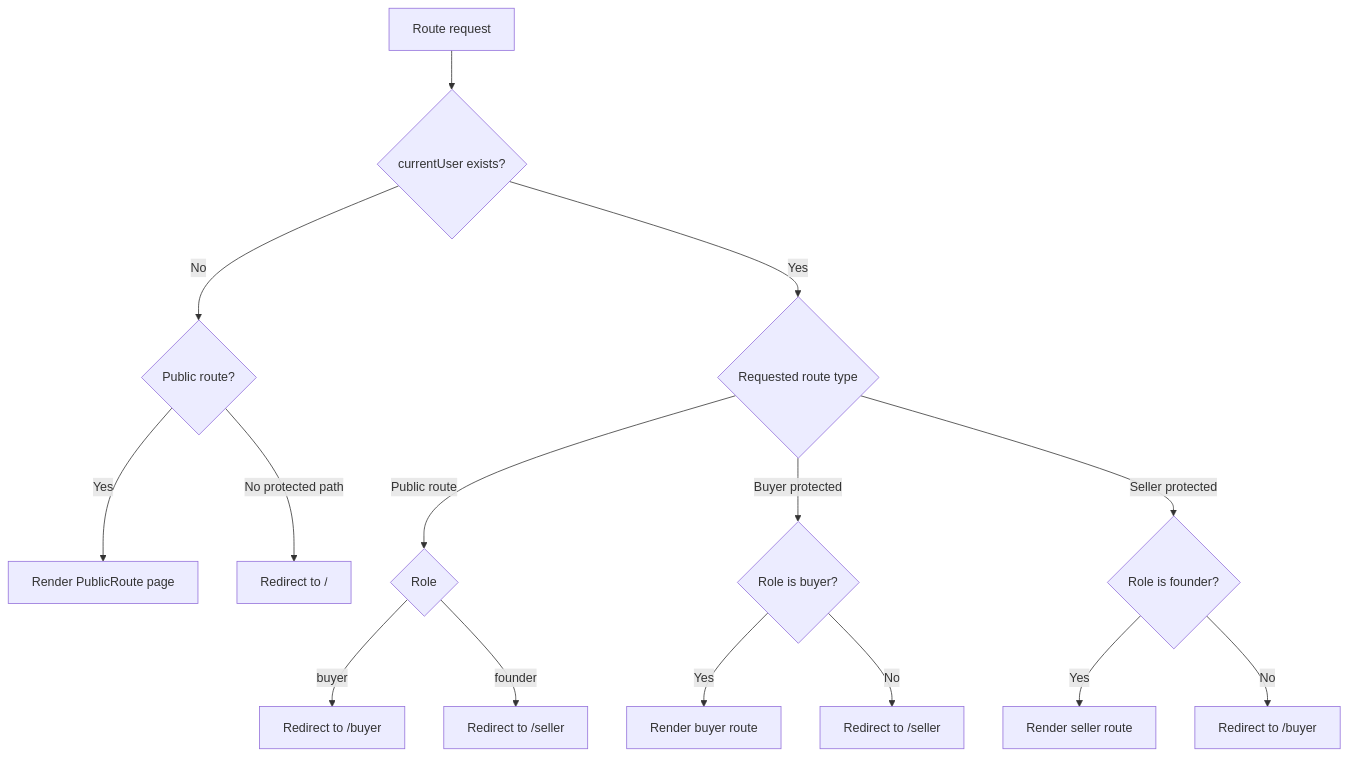
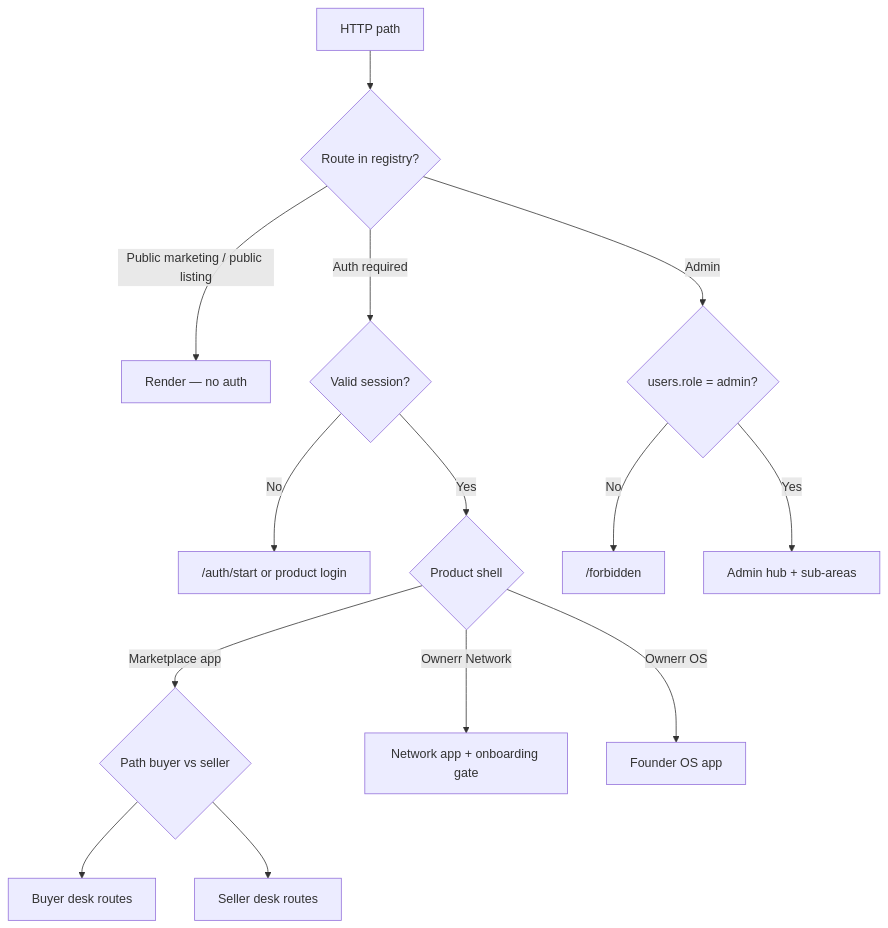
One commit to Ownerr-io/Web-Application changed the third of 17 diagrams in README.md. Above: the diagram before and after it, drawn with Mermaid. The commit also changed other lines of this file, not shown here.

Commit message:
feature/seller-buyer-verifica tion-and-inbox

````diff
--- a/README.md
+++ b/README.md
@@ -131,23 +188,16 @@
 ```mermaid
 flowchart TD
-    START[Route request] --> HASUSER{currentUser exists?}
-
-    HASUSER -->|No| PUBLICCHECK{Public route?}
-    HASUSER -->|Yes| ROUTETYPE{Requested route type}
-
-    PUBLICCHECK -->|Yes| PUBLICOK[Render PublicRoute page]
-    PUBLICCHECK -->|No protected path| REDIRROOT[Redirect to /]
-
-    ROUTETYPE -->|Public route| REDIRDASH{Role}
-    REDIRDASH -->|buyer| REDIRBUYER[Redirect to /buyer]
-    REDIRDASH -->|founder| REDIRSELLER[Redirect to /seller]
-
-    ROUTETYPE -->|Buyer protected| BUYERROLE{Role is buyer?}
-    ROUTETYPE -->|Seller protected| SELLERROLE{Role is founder?}
-
-    BUYERROLE -->|Yes| BUYEROK[Render buyer route]
-    BUYERROLE -->|No| ROLEBACK1[Redirect to /seller]
-
-    SELLERROLE -->|Yes| SELLEROK[Render seller route]
-    SELLERROLE -->|No| ROLEBACK2[Redirect to /buyer]
+  REQ[HTTP path] --> REG{Route in registry?}
+  REG -->|Public marketing / public listing| PUB[Render — no auth]
+  REG -->|Auth required| SESS{Valid session?}
+  SESS -->|No| AUTHSTART["/auth/start or product login"]
+  SESS -->|Yes| PROD{Product shell}
+  PROD -->|Marketplace app| DESK{Path buyer vs seller}
+  DESK --> BUYER[Buyer desk routes]
+  DESK --> SELLER[Seller desk routes]
+  PROD -->|Ownerr Network| NET[Network app + onboarding gate]
+  PROD -->|Ownerr OS| OS[Founder OS app]
+  REG -->|Admin| ADMIN{users.role = admin?}
+  ADMIN -->|No| FORBIDDEN["/forbidden"]
+  ADMIN -->|Yes| ADMPAGES[Admin hub + sub-areas]
 ```
````
